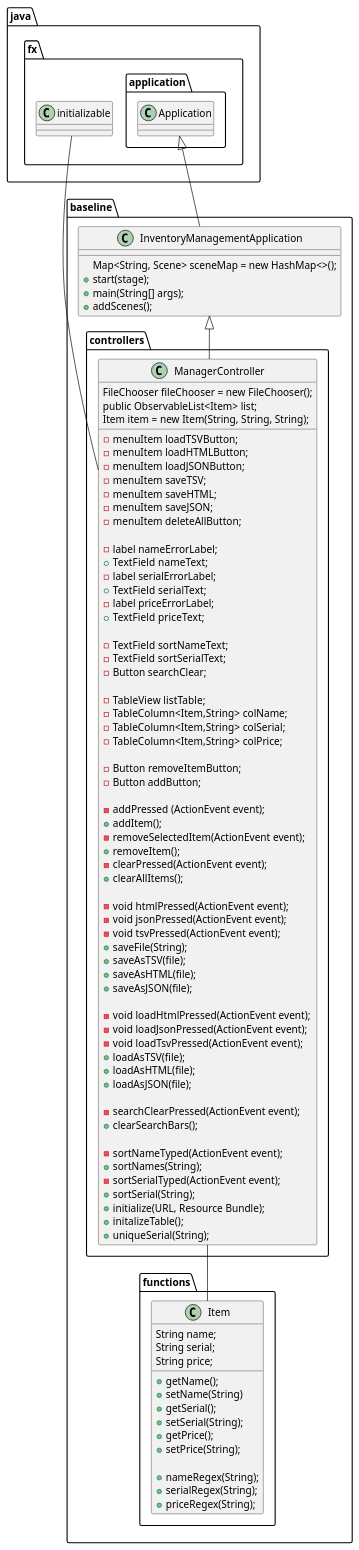
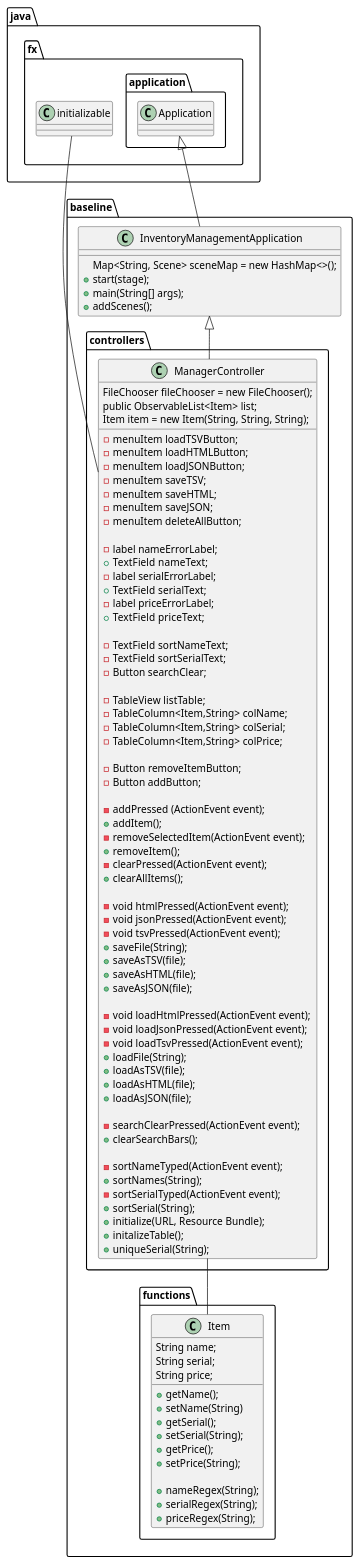
One commit to Tomatoats/InveX changed the diagram in docs/InventoryManagement.puml. Above: the diagram before and after it, drawn with PlantUML. The commit also changed 6 other files, not shown here.

```diff
--- a/docs/InventoryManagement.puml
+++ b/docs/InventoryManagement.puml
@@ -1,109 +1,110 @@
 @startuml
 package java.fx.application{
 class Application
 }
 package java.fx{
 class initializable
 }
 package baseline{
 package controllers{
 class ManagerController{
 FileChooser fileChooser = new FileChooser();
 public ObservableList<Item> list;
 Item item = new Item(String, String, String);
 __
 -menuItem loadTSVButton;
 -menuItem loadHTMLButton;
 -menuItem loadJSONButton;
 -menuItem saveTSV;
 -menuItem saveHTML;
 -menuItem saveJSON;
 -menuItem deleteAllButton;
 
 -label nameErrorLabel;
 +TextField nameText;
 -label serialErrorLabel;
 +TextField serialText;
 -label priceErrorLabel;
 +TextField priceText;
 
 -TextField sortNameText;
 -TextField sortSerialText;
 -Button searchClear;
 
 -TableView listTable;
 -TableColumn<Item,String> colName;
 -TableColumn<Item,String> colSerial;
 -TableColumn<Item,String> colPrice;
 
 -Button removeItemButton;
 -Button addButton;
 
 -addPressed (ActionEvent event);
 +addItem();
 -removeSelectedItem(ActionEvent event);
 +removeItem();
 -clearPressed(ActionEvent event);
 +clearAllItems();
 
 -void htmlPressed(ActionEvent event);
 -void jsonPressed(ActionEvent event);
 -void tsvPressed(ActionEvent event);
 +saveFile(String);
 +saveAsTSV(file);
 +saveAsHTML(file);
 +saveAsJSON(file);
 
 -void loadHtmlPressed(ActionEvent event);
 -void loadJsonPressed(ActionEvent event);
 -void loadTsvPressed(ActionEvent event);
++loadFile(String);
 +loadAsTSV(file);
 +loadAsHTML(file);
 +loadAsJSON(file);
 
 -searchClearPressed(ActionEvent event);
 +clearSearchBars();
 
 -sortNameTyped(ActionEvent event);
 +sortNames(String);
 -sortSerialTyped(ActionEvent event);
 +sortSerial(String);
 +initialize(URL, Resource Bundle);
 +initalizeTable();
 +uniqueSerial(String);
 }
 }
 package functions{
 
 class Item{
 String name;
 String serial;
 String price;
 
 +getName();
 +setName(String)
 +getSerial();
 +setSerial(String);
 +getPrice();
 +setPrice(String);
 
 +nameRegex(String);
 +serialRegex(String);
 +priceRegex(String);
 
 }
 }
 class InventoryManagementApplication{
  Map<String, Scene> sceneMap = new HashMap<>();
  +start(stage);
  +main(String[] args);
  +addScenes();
 
 }
 }
 Application <|-- InventoryManagementApplication
 InventoryManagementApplication <|-- ManagerController
 initializable -- ManagerController
 ManagerController -- Item
 
 @enduml
```
